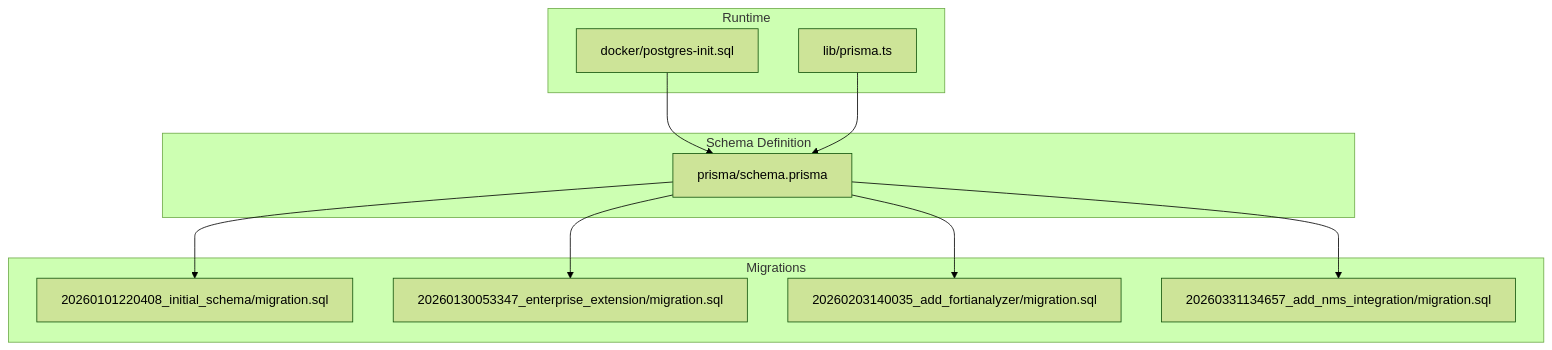
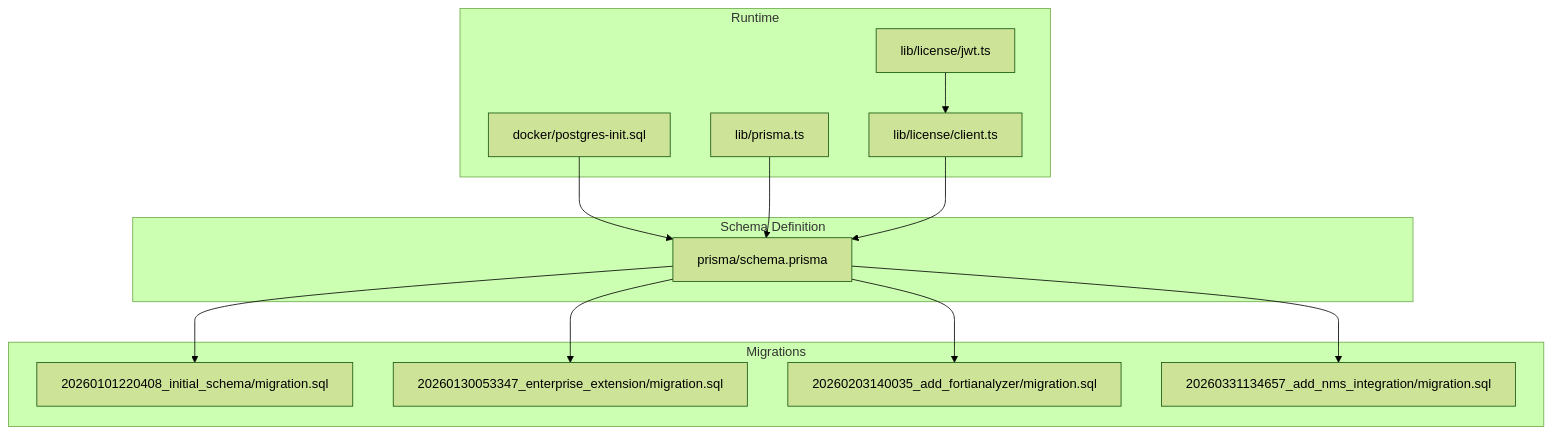
Before and after one commit to celebigilfatih/infrascope: the first of 8 diagrams in .qoder/repowiki/en/content/Database Schema & Models/Database Schema & Models.md, drawn with Mermaid (forest theme). The commit also changed other lines of this file and 12 other files, not shown here.

````diff
--- a/.qoder/repowiki/en/content/Database Schema & Models/Database Schema & Models.md
+++ b/.qoder/repowiki/en/content/Database Schema & Models/Database Schema & Models.md
@@ -34,22 +50,26 @@
 ```mermaid
 graph TB
 subgraph "Schema Definition"
 PRISMA["prisma/schema.prisma"]
 end
 subgraph "Migrations"
 M1["20260101220408_initial_schema/migration.sql"]
 M2["20260130053347_enterprise_extension/migration.sql"]
 M3["20260203140035_add_fortianalyzer/migration.sql"]
 M4["20260331134657_add_nms_integration/migration.sql"]
 end
 subgraph "Runtime"
 INIT["docker/postgres-init.sql"]
 CLIENT["lib/prisma.ts"]
+JWT["lib/license/jwt.ts"]
+CLIENTLIB["lib/license/client.ts"]
 end
 PRISMA --> M1
 PRISMA --> M2
 PRISMA --> M3
 PRISMA --> M4
 INIT --> PRISMA
 CLIENT --> PRISMA
+JWT --> CLIENTLIB
+CLIENTLIB --> PRISMA
 ```
````
